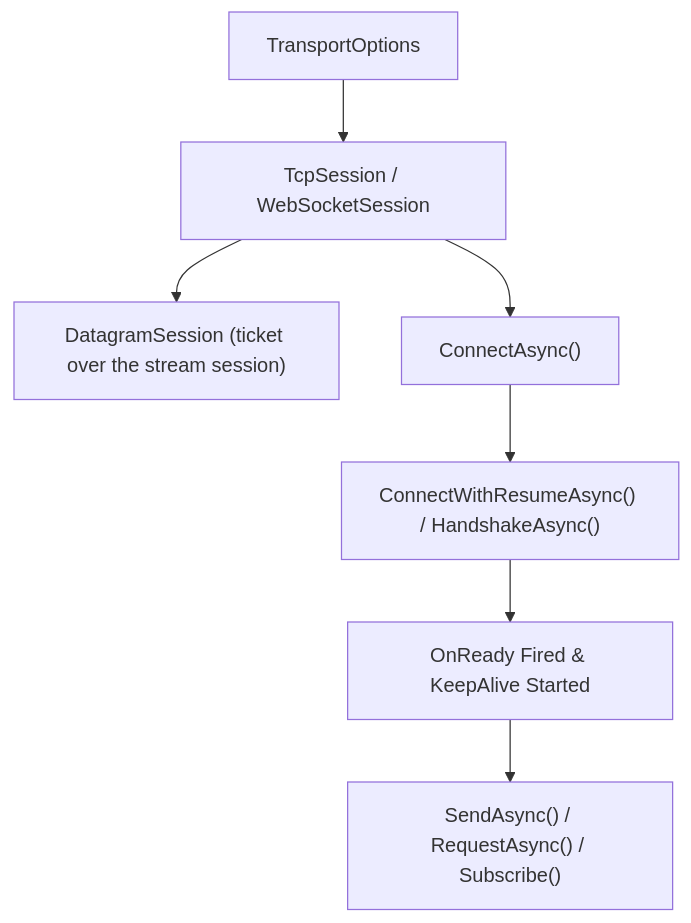
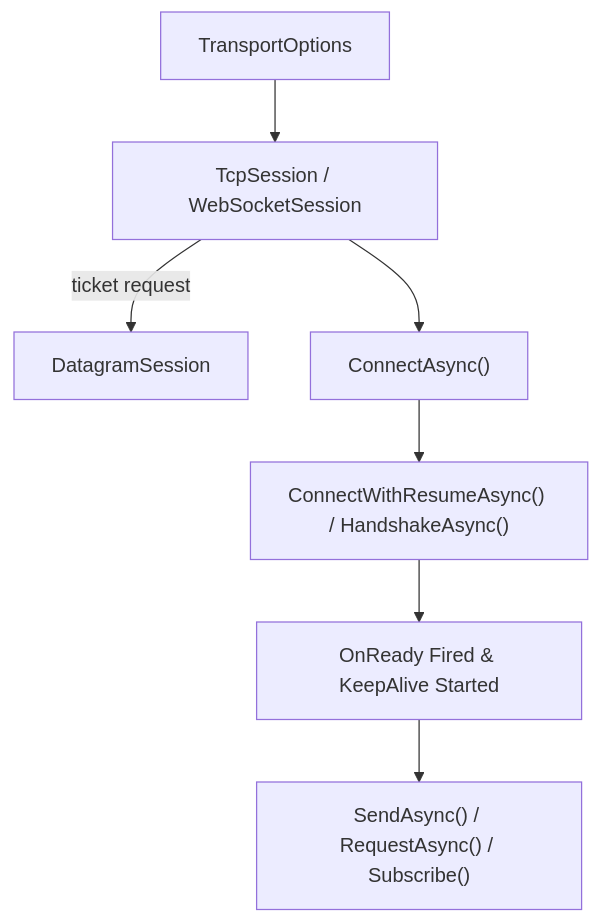
Before and after one commit to ppn-systems/nalix-docs: the diagram in src/content/docs/en-us/packages/nalix-sdk.md, drawn with Mermaid. The commit also changed 38 other files, not shown here.

First line of the commit message:
docs: redraw the datagram diagrams and fix invalid Mermaid

````diff
--- a/src/content/docs/en-us/packages/nalix-sdk.md
+++ b/src/content/docs/en-us/packages/nalix-sdk.md
@@ -16,9 +16,9 @@
 ```mermaid
 flowchart TD
     A["TransportOptions"] --> B["TcpSession / WebSocketSession"]
-    B --> B2["DatagramSession (ticket over the stream session)"]
+    B -->|"ticket request"| B2["DatagramSession"]
     B --> C["ConnectAsync()"]
     C --> D["ConnectWithResumeAsync() / HandshakeAsync()"]
     D --> E["OnReady Fired & KeepAlive Started"]
     E --> F["SendAsync() / RequestAsync<TResponse>() / Subscribe<T>()"]
 ```
````
